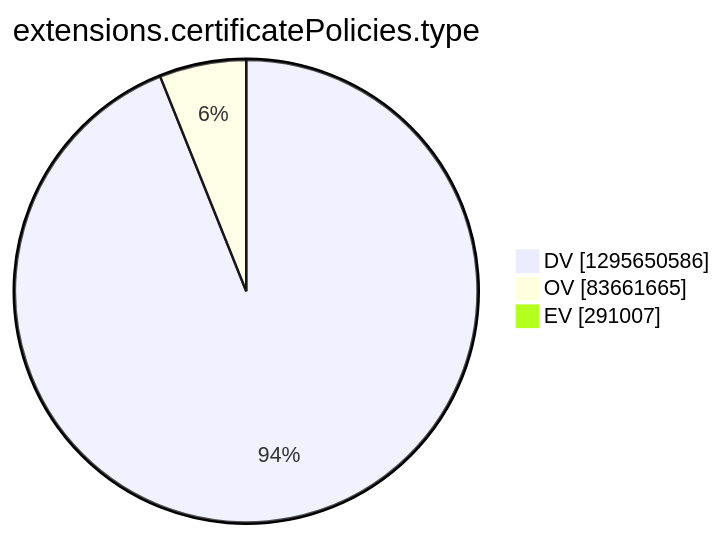
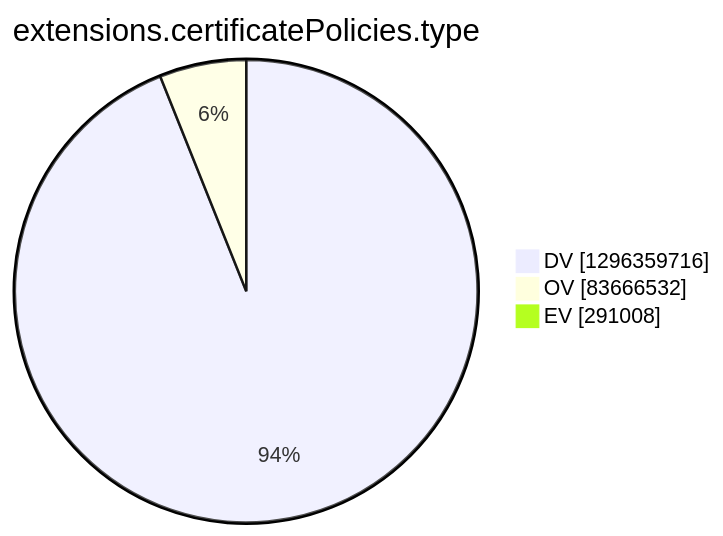
One commit to christiankrug/ctmonitor_visualization changed the tenth of 15 diagrams in argon2022/README.md. Above: the diagram before and after it, drawn with Mermaid. The commit also changed other lines of this file, not shown here.

````diff
--- a/argon2022/README.md
+++ b/argon2022/README.md
@@ -2772,7 +2772,7 @@
 ```mermaid
 pie showData
 title extensions.certificatePolicies.type
-"DV" :1295650586
-"OV" :83661665
-"EV" :291007
+"DV" :1296359716
+"OV" :83666532
+"EV" :291008
 ```
````
